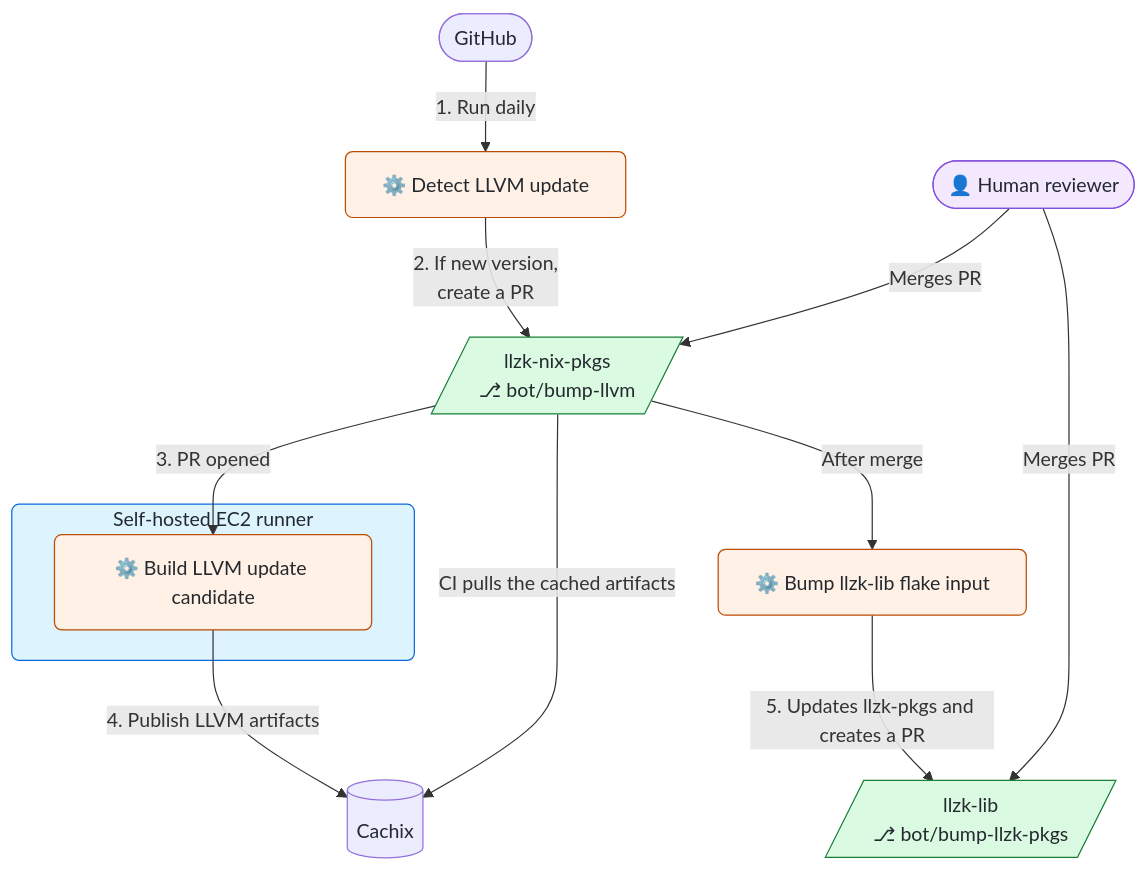
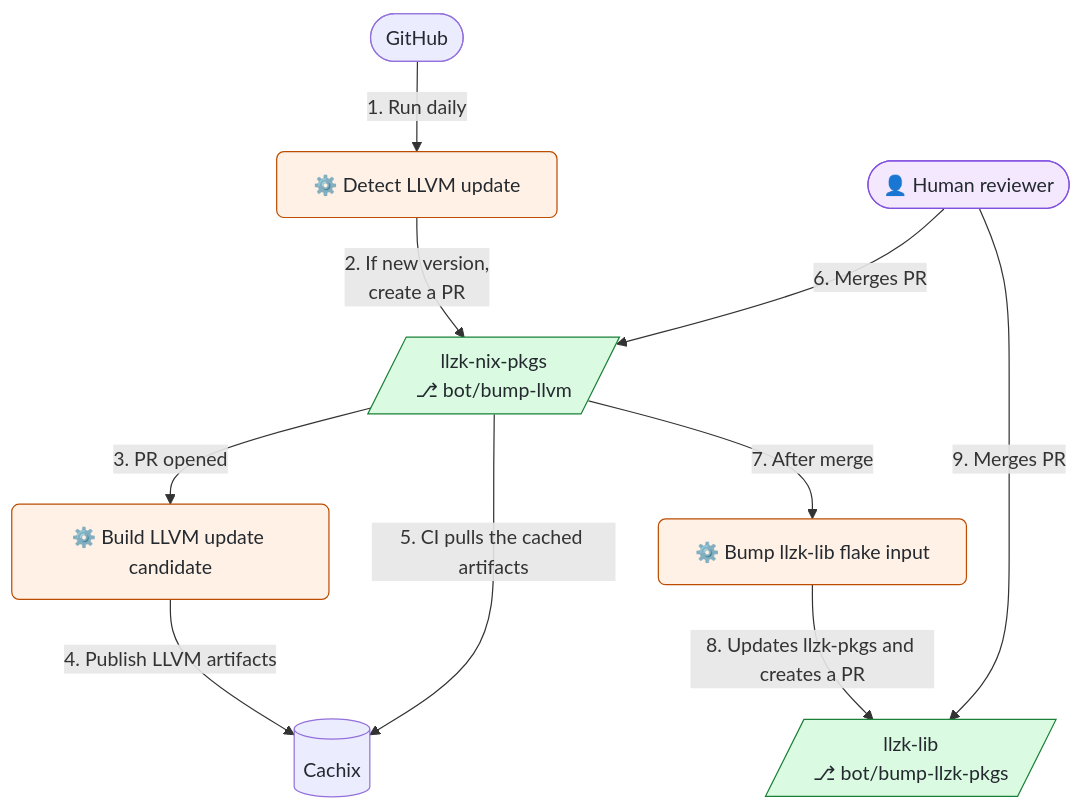
The diagram in README.md (project-llzk/llzk-nix-pkgs), drawn with Mermaid before and after one commit. The commit also changed other lines of this file and 4 other files, not shown here.

````diff
--- a/README.md
+++ b/README.md
@@ -13,51 +13,48 @@
 ```mermaid
 ---
 config:
   themeCSS: |
     .edgeLabel p {
       background-color: #f4f8fc;
       border: 1px solid #57606a;
       border-radius: 4px;
       color: #24292f;
       padding: 3px 6px;
     }
 ---
 flowchart TD
   trigger([GitHub])
 
     llvm_pr[/llzk-nix-pkgs</br>⎇ bot/bump-llvm/]
 
   detect[⚙️ Detect LLVM update]
   downstream_job[⚙️ Bump llzk-lib flake input]
 
 
 
-  subgraph ec2[Self-hosted EC2 runner]
     builder[⚙️ Build LLVM update candidate]
-  end
 
     downstream_pr[/llzk-lib</br>⎇ bot/bump-llzk-pkgs/]
 
   publish[(Cachix)]
   reviewer([👤 Human reviewer])
 
   trigger -->|1. Run daily| detect
   detect -->|2. If new version,</br> create a PR| llvm_pr
   llvm_pr -->|3. PR opened| builder
   builder -->|4. Publish LLVM artifacts| publish
-  reviewer -->|Merges PR| llvm_pr
-  llvm_pr -->|After merge| downstream_job
-  downstream_job -->|5. Updates llzk-pkgs and creates a PR| downstream_pr
-  reviewer -->|Merges PR| downstream_pr
-  llvm_pr -->|CI pulls the cached artifacts| publish
+  reviewer -->|6. Merges PR| llvm_pr
+  llvm_pr -->|7. After merge| downstream_job
+  downstream_job -->|8. Updates llzk-pkgs and creates a PR| downstream_pr
+  reviewer -->|9. Merges PR| downstream_pr
+  llvm_pr -->|5. CI pulls the cached artifacts| publish
 
   classDef ci fill:#fff1e5,stroke:#bc4c00,color:#24292f,rx:6px,ry:6px;
   classDef pullrequest fill:#dafbe1,stroke:#1a7f37,color:#24292f;
   classDef human fill:#f3e8fd,stroke:#8250df,color:#24292f;
   classDef default fill:#ececff,stroke:#9370db,color:#24292f;
-  style ec2 fill:#ddf4ff,stroke:#0969da,color:#24292f,rx:6px,ry:6px;
   class detect,downstream_job ci;
   class builder ci;
   class llvm_pr,downstream_pr pullrequest;
   class reviewer human;
 ```
````
